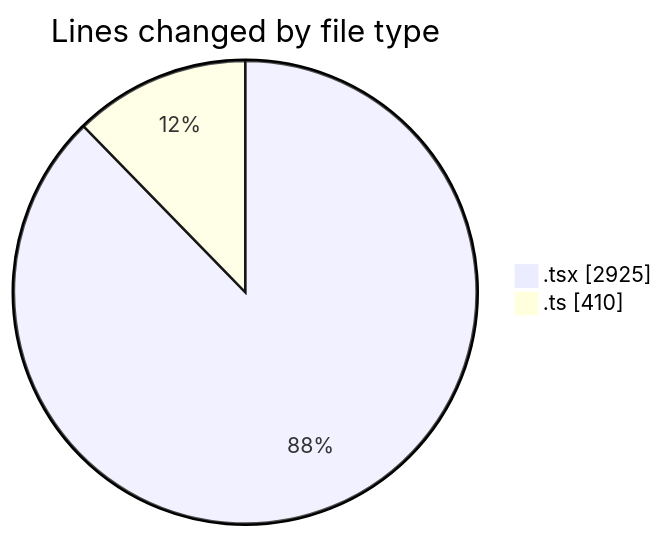
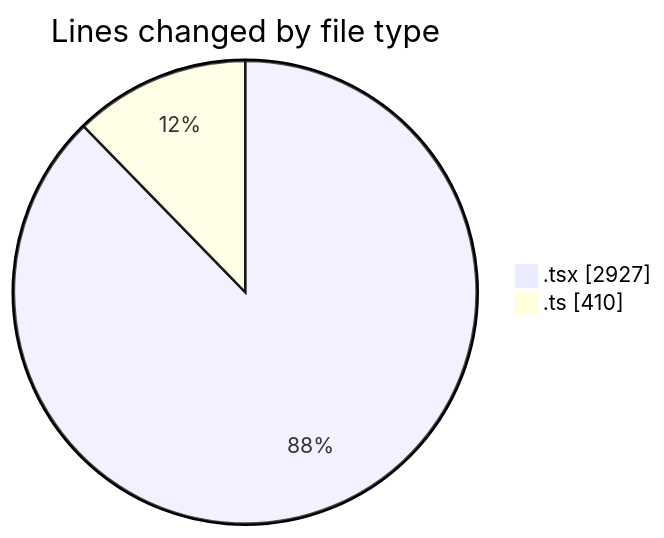
One commit to robertbonfada/code-tracking changed the first of 2 diagrams in 2025-03-07/mbc-web/README.md. Above: the diagram before and after it, drawn with Mermaid. The commit also changed other lines of this file and 1 other file, not shown here.

````diff
--- a/2025-03-07/mbc-web/README.md
+++ b/2025-03-07/mbc-web/README.md
@@ -29,6 +29,6 @@
 ```mermaid
 pie showData
 title Lines changed by file type
-".tsx" : 2925
+".tsx" : 2927
 ".ts" : 410
 ```
````
